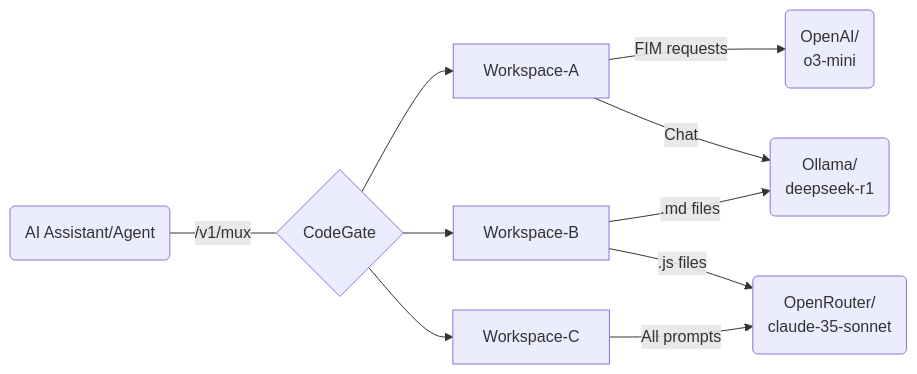
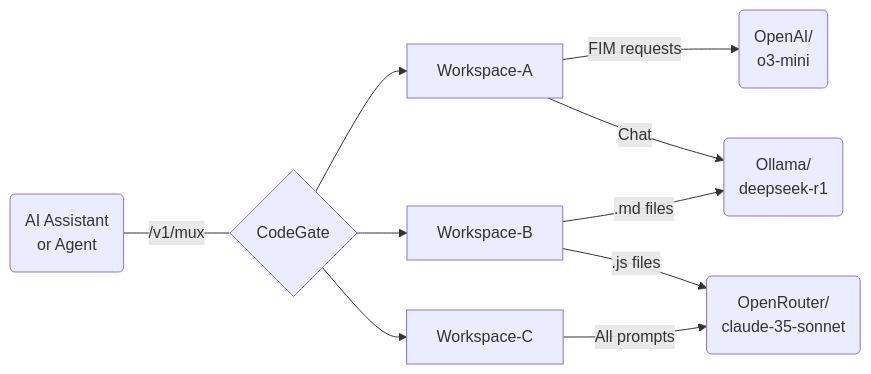
One commit to syntax-syndicate/codegate-docs changed the diagram in docs/features/muxing.mdx. Above: the diagram before and after it, drawn with Mermaid. The commit also changed other lines of this file and 2 other files, not shown here.

````diff
--- a/docs/features/muxing.mdx
+++ b/docs/features/muxing.mdx
@@ -26,21 +26,21 @@
 ```mermaid
 flowchart LR
-    Client(AI Assistant/Agent)
+    Client(AI Assistant<br>or Agent)
     CodeGate{CodeGate}
     WS1[Workspace-A]
     WS2[Workspace-B]
     WS3[Workspace-C]
     LLM1(OpenAI/<br>o3-mini)
     LLM2(Ollama/<br>deepseek-r1)
     LLM3(OpenRouter/<br>claude-35-sonnet)
 
     Client ---|/v1/mux| CodeGate
     CodeGate --> WS1
     CodeGate --> WS2
     CodeGate --> WS3
     WS1 --> |FIM requests| LLM1
     WS1 --> |Chat| LLM2
     WS2 --> |.md files| LLM2
     WS2 --> |.js files| LLM3
     WS3 --> |All prompts| LLM3
 ```
````
